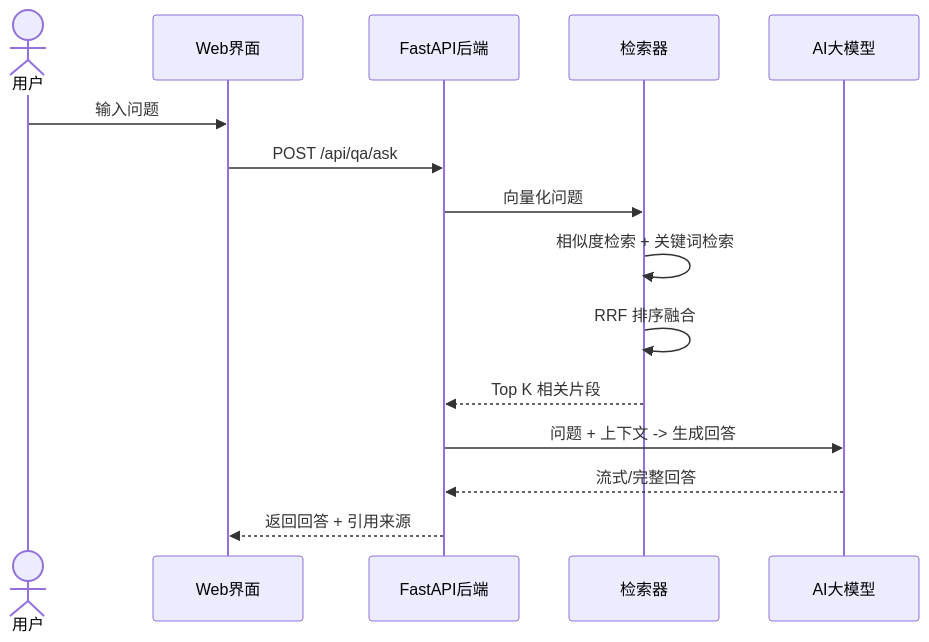
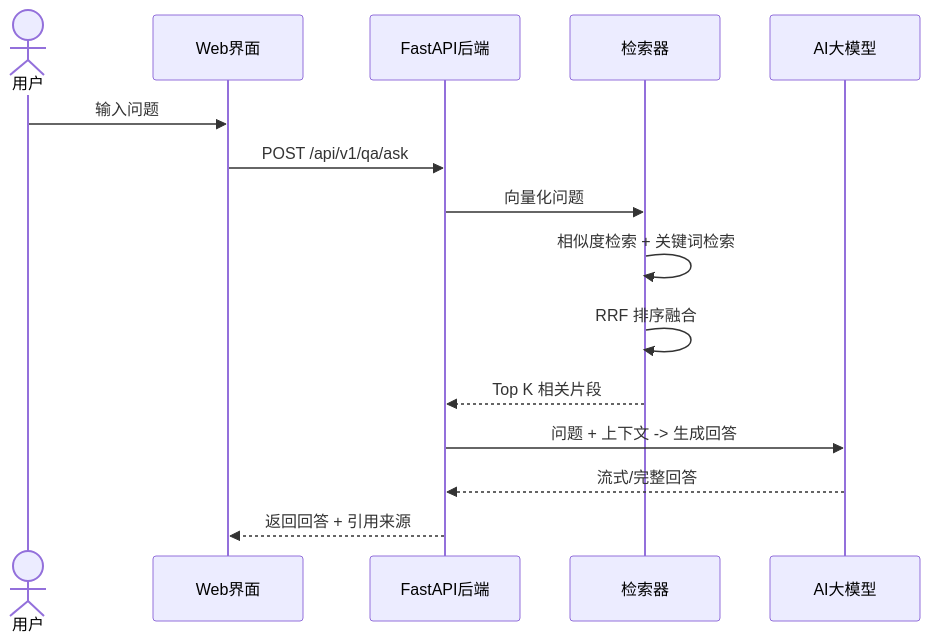
One commit to lian-yao/AI_NOTE changed the third of 3 diagrams in 文档/需求文档.md. Above: the diagram before and after it, drawn with Mermaid. The commit also changed other lines of this file and 6 other files, not shown here.

````diff
--- a/文档/需求文档.md
+++ b/文档/需求文档.md
@@ -248,19 +250,19 @@
 ```mermaid
 sequenceDiagram
     actor U as 用户
     participant W as Web界面
     participant API as FastAPI后端
     participant Retriever as 检索器
     participant LLM as AI大模型
 
     U->>W: 输入问题
-    W->>API: POST /api/qa/ask
+    W->>API: POST /api/v1/qa/ask
     API->>Retriever: 向量化问题
     Retriever->>Retriever: 相似度检索 + 关键词检索
     Retriever->>Retriever: RRF 排序融合
     Retriever-->>API: Top K 相关片段
 
     API->>LLM: 问题 + 上下文 -> 生成回答
     LLM-->>API: 流式/完整回答
     API-->>W: 返回回答 + 引用来源
 ```
````
